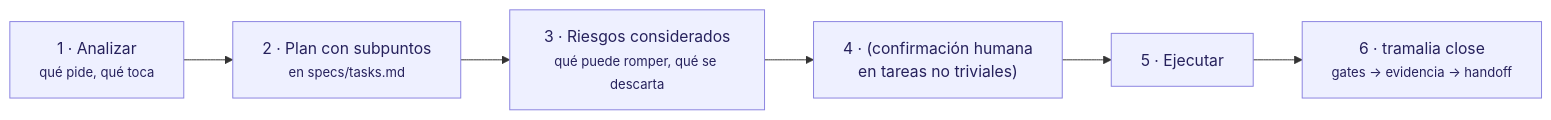
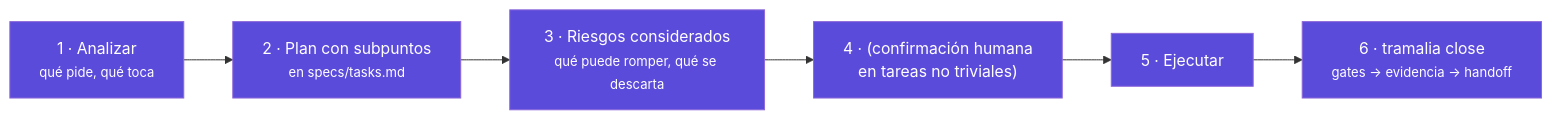
The diagram in docs/como-trabaja-ia.md (MscottB/tramalia), drawn with Mermaid before and after one commit. The commit also changed 32 other files, not shown here.

First line of the commit message:
feat: v0.33.0 — portada carta de presentación + diagramas dark-mode + aclaración de Cierre

````diff
--- a/docs/como-trabaja-ia.md
+++ b/docs/como-trabaja-ia.md
@@ -20,9 +20,9 @@
 ```mermaid
 flowchart LR
-    classDef s fill:#eef0ff,stroke:#8a83e0,color:#26215c;
+    classDef s fill:#5b4bdb,stroke:#8c68d9,color:#ffffff;
     A["1 · Analizar<br/><small>qué pide, qué toca</small>"]:::s --> P["2 · Plan con subpuntos<br/><small>en specs/tasks.md</small>"]:::s
     P --> R["3 · Riesgos considerados<br/><small>qué puede romper, qué se descarta</small>"]:::s
     R --> C["4 · (confirmación humana<br/>en tareas no triviales)"]:::s
     C --> E["5 · Ejecutar"]:::s
     E --> Z["6 · tramalia close<br/><small>gates → evidencia → handoff</small>"]:::s
 ```
````
